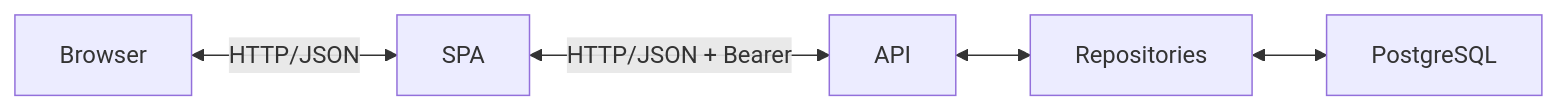
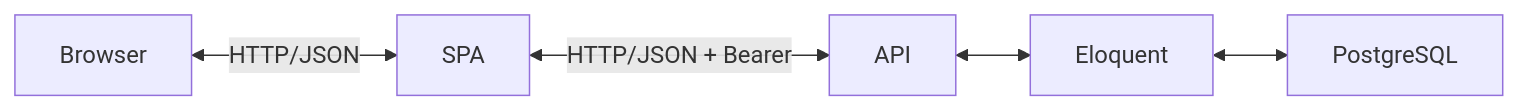
Before and after one commit to ItamarJuniorDEV/car-rental-api: the first of 4 diagrams in README.md, drawn with Mermaid. The commit also changed other lines of this file, not shown here.

````diff
--- a/README.md
+++ b/README.md
@@ -68,7 +68,7 @@
 ```mermaid
 flowchart LR
     Browser <-->|HTTP/JSON| SPA
     SPA <-->|HTTP/JSON + Bearer| API
-    API <--> Repositories
-    Repositories <--> PostgreSQL
+    API <--> Eloquent
+    Eloquent <--> PostgreSQL
 ```
````
